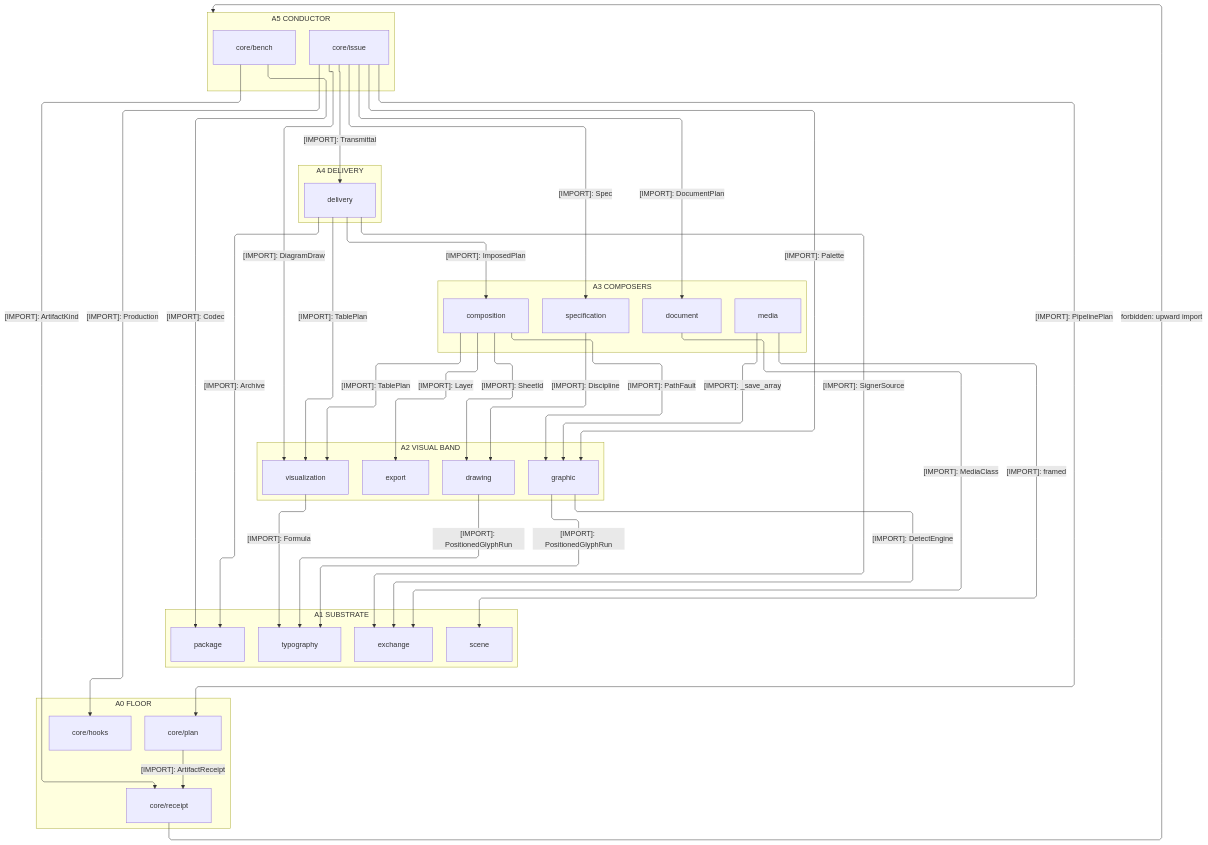
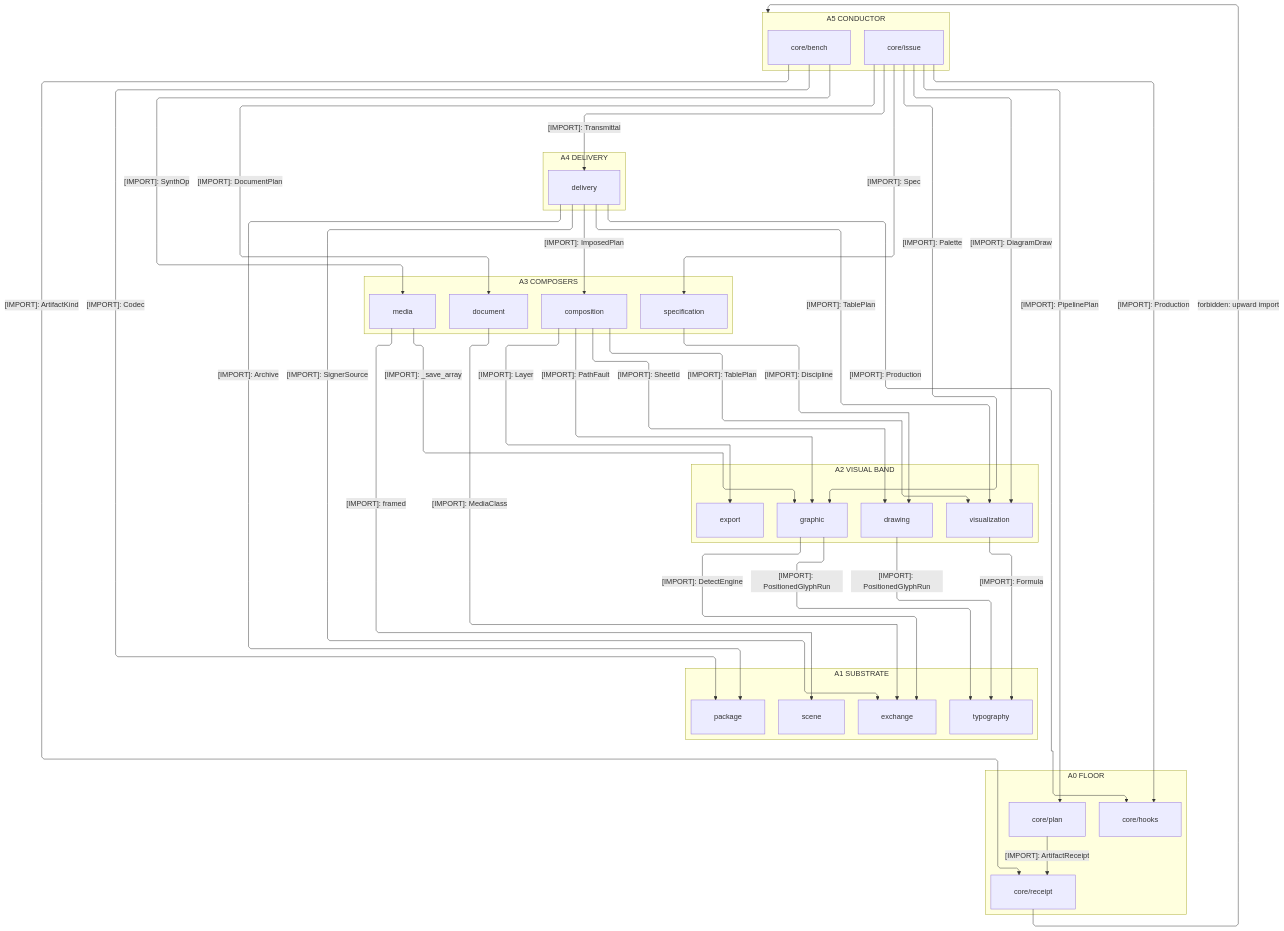
Before and after one commit to bsamiee/Rasm: the third of 3 diagrams in libs/python/artifacts/ARCHITECTURE.md, drawn with Mermaid. The commit also changed other lines of this file and 124 other files, not shown here.

First line of the commit message:
planning registries: ARCHITECTURE/README/IDEAS/TASKLOG/RULINGS + csproj, campaign-method, CLAUDE.md

````diff
--- a/libs/python/artifacts/ARCHITECTURE.md
+++ b/libs/python/artifacts/ARCHITECTURE.md
@@ -186,70 +187,72 @@
 ```mermaid
 ---
 config:
   layout: elk
   flowchart:
     curve: linear
     padding: 25
 ---
 flowchart TB
     accTitle: Artifacts interior import strata
     accDescr: Six import strata — the issue conductor over delivery over the composer planes over the visual band over the substrate onto the plan-receipt floor — each labeled downward edge naming its one sourced type, the universal floor rung absorbed to prose, and one edge marking the forbidden upward import.
     subgraph A5["A5 CONDUCTOR"]
         Issue[core/issue]
         Bench[core/bench]
     end
     subgraph A4["A4 DELIVERY"]
         Delivery[delivery]
     end
     subgraph A3["A3 COMPOSERS"]
         Media[media]
         Document[document]
         Composition[composition]
         Specification[specification]
     end
     subgraph A2["A2 VISUAL BAND"]
         Graphic[graphic]
         Visualization[visualization]
         Drawing[drawing]
         Export[export]
     end
     subgraph A1["A1 SUBSTRATE"]
         Scene[scene]
         Typography[typography]
         Exchange[exchange]
         Package[package]
     end
     subgraph A0["A0 FLOOR"]
         Plan[core/plan]
         Receipt[core/receipt]
         Hooks[core/hooks]
     end
     Issue s1@-->|"[IMPORT]: Transmittal"| Delivery
     Issue s2@-->|"[IMPORT]: DocumentPlan"| Document
     Issue s3@-->|"[IMPORT]: Spec"| Specification
     Issue s4@-->|"[IMPORT]: DiagramDraw"| Visualization
     Issue s5@-->|"[IMPORT]: Palette"| Graphic
     Issue s6@-->|"[IMPORT]: PipelinePlan"| Plan
     Delivery s7@-->|"[IMPORT]: ImposedPlan"| Composition
     Delivery s8@-->|"[IMPORT]: SignerSource"| Exchange
     Delivery s9@-->|"[IMPORT]: Archive"| Package
     Delivery s10@-->|"[IMPORT]: TablePlan"| Visualization
     Composition s11@-->|"[IMPORT]: Layer"| Export
     Composition s12@-->|"[IMPORT]: SheetId"| Drawing
     Composition s13@-->|"[IMPORT]: PathFault"| Graphic
     Composition s14@-->|"[IMPORT]: TablePlan"| Visualization
     Specification s15@-->|"[IMPORT]: Discipline"| Drawing
     Document s16@-->|"[IMPORT]: MediaClass"| Exchange
     Media s17@-->|"[IMPORT]: framed"| Scene
     Media s18@-->|"[IMPORT]: _save_array"| Graphic
     Graphic s19@-->|"[IMPORT]: PositionedGlyphRun"| Typography
     Graphic s20@-->|"[IMPORT]: DetectEngine"| Exchange
     Drawing s21@-->|"[IMPORT]: PositionedGlyphRun"| Typography
     Visualization s22@-->|"[IMPORT]: Formula"| Typography
     Plan s23@-->|"[IMPORT]: ArtifactReceipt"| Receipt
     Issue s24@-->|"[IMPORT]: Production"| Hooks
     Bench s25@-->|"[IMPORT]: Codec"| Package
     Bench s26@-->|"[IMPORT]: ArtifactKind"| Receipt
+    Bench s27@-->|"[IMPORT]: SynthOp"| Media
+    Delivery s28@-->|"[IMPORT]: Production"| Hooks
     Typography ~~~ Plan
     Receipt f1@-->|"forbidden: upward import"| A5
 ```
````
